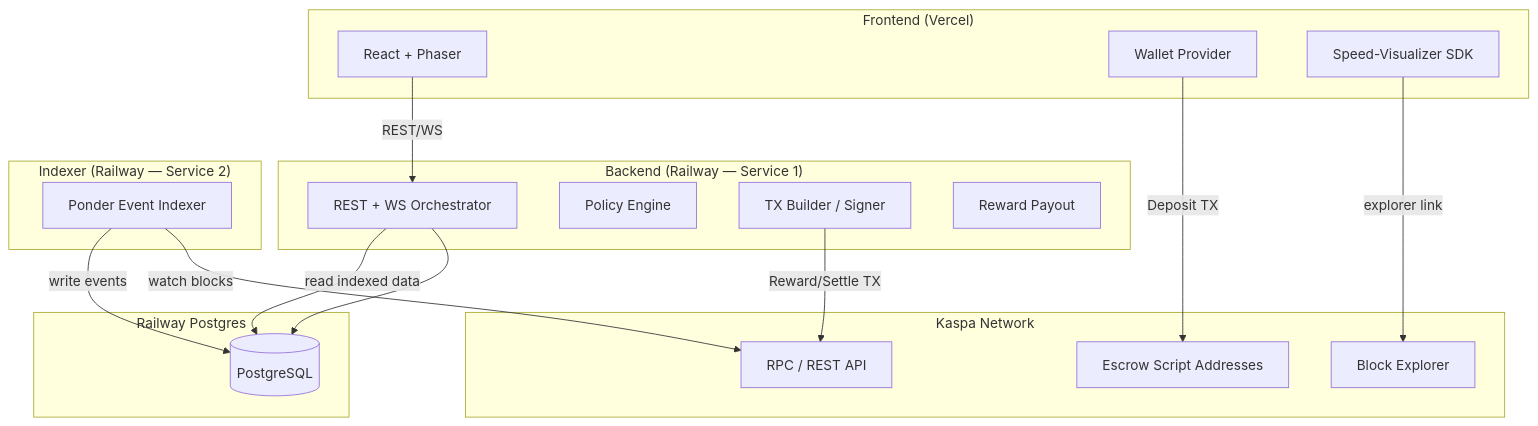
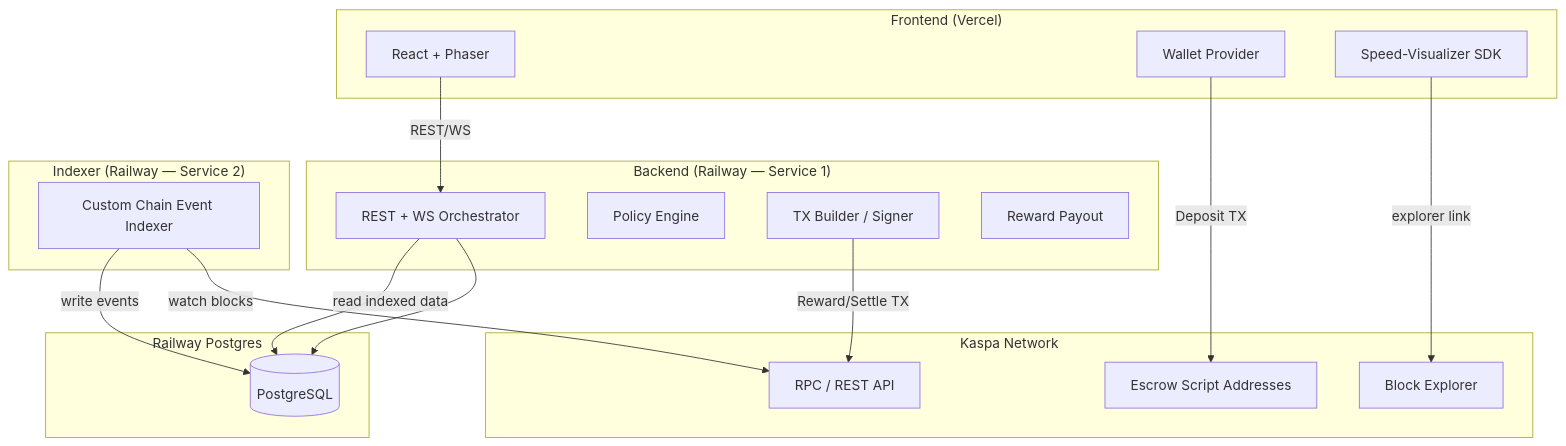
One commit to IHB1-Foundation/KAS-Racing changed the first of 7 diagrams in docs/ARCHITECTURE.md. Above: the diagram before and after it, drawn with Mermaid. The commit also changed other lines of this file and 20 other files, not shown here.

````diff
--- a/docs/ARCHITECTURE.md
+++ b/docs/ARCHITECTURE.md
@@ -23,40 +23,40 @@
 ```mermaid
 graph TB
     subgraph FE["Frontend (Vercel)"]
         WEB[React + Phaser]
         WALLET[Wallet Provider]
         SDK_FE[Speed-Visualizer SDK]
     end
 
     subgraph BE["Backend (Railway — Service 1)"]
         API[REST + WS Orchestrator]
         POLICY[Policy Engine]
         TX_ENGINE[TX Builder / Signer]
         REWARD[Reward Payout]
     end
 
     subgraph IDX["Indexer (Railway — Service 2)"]
-        PONDER[Ponder Event Indexer]
+        INDEXER[Custom Chain Event Indexer]
     end
 
     subgraph DB["Railway Postgres"]
         PG[(PostgreSQL)]
     end
 
     subgraph CHAIN["Kaspa Network"]
         ESCROW[Escrow Script Addresses]
         RPC[RPC / REST API]
         EXPLORER[Block Explorer]
     end
 
     WEB -->|REST/WS| API
     WALLET -->|Deposit TX| ESCROW
     TX_ENGINE -->|Reward/Settle TX| RPC
     API --> PG
     API -->|read indexed data| PG
 
-    PONDER -->|watch blocks| RPC
-    PONDER -->|write events| PG
+    INDEXER -->|watch blocks| RPC
+    INDEXER -->|write events| PG
 
     SDK_FE -->|explorer link| EXPLORER
 ```
````
